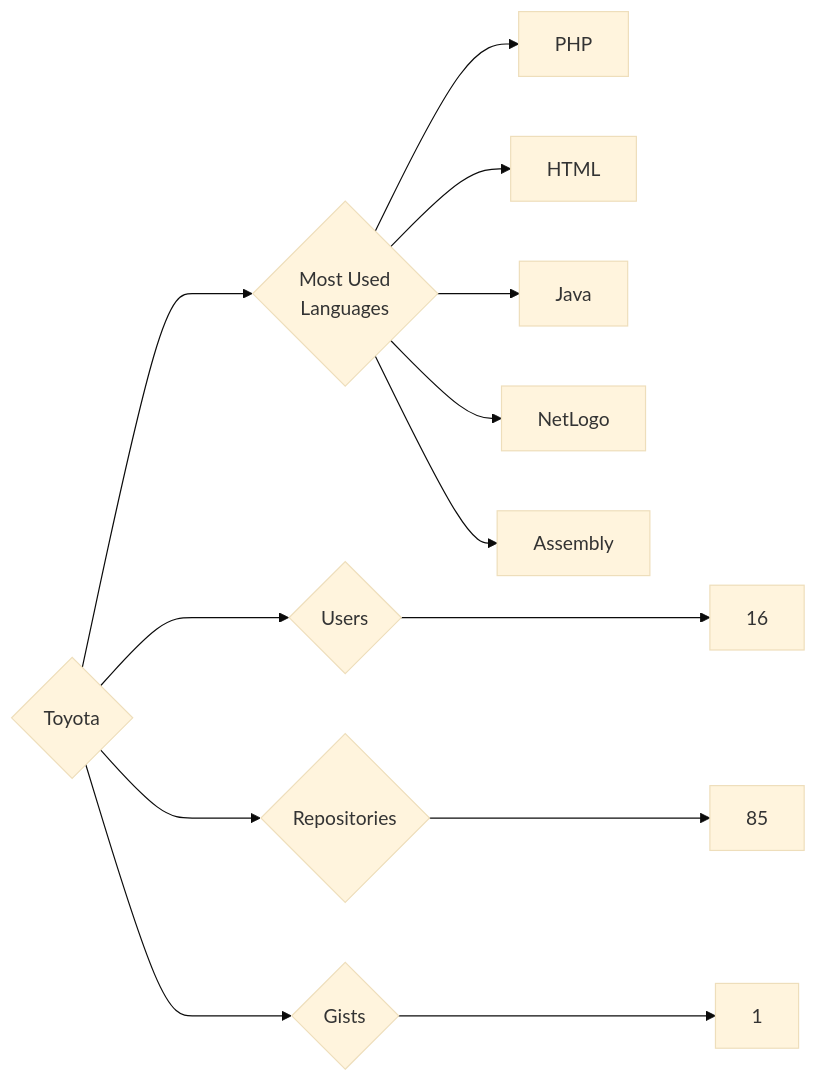
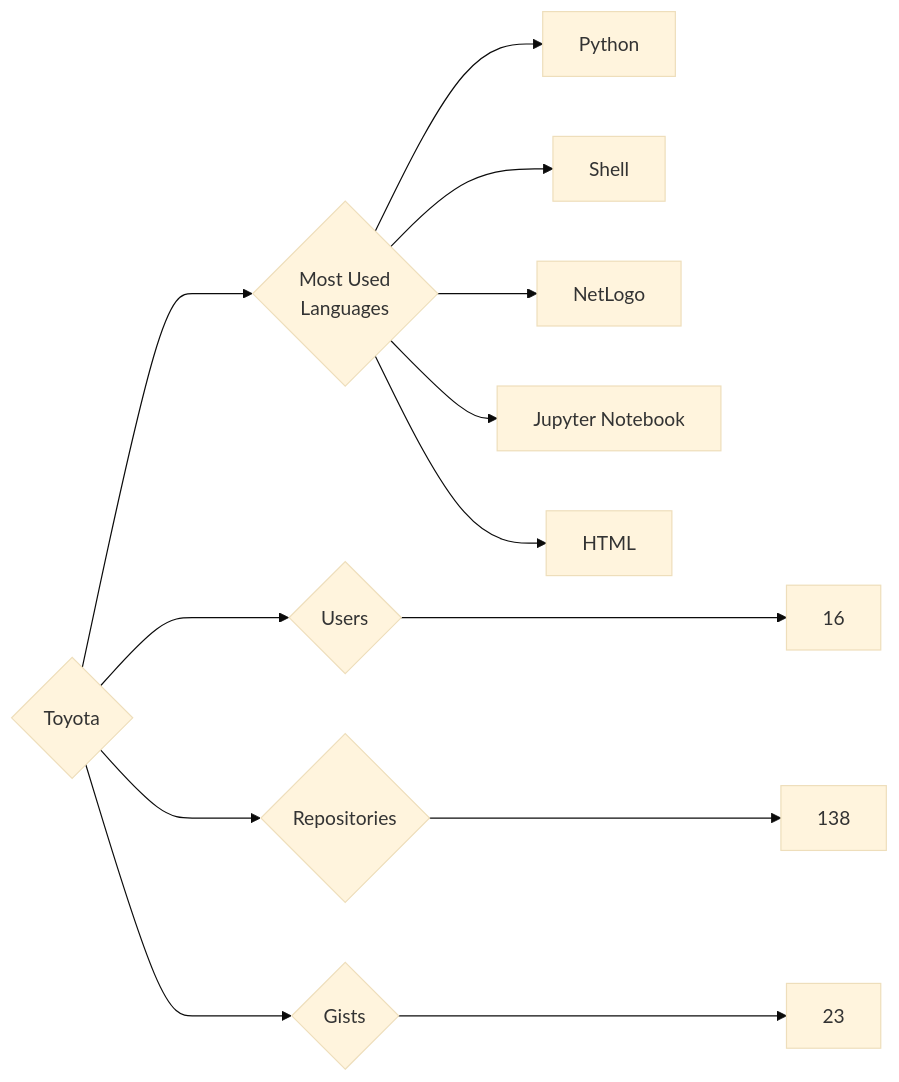
One commit to trickest/insiders changed the diagram in targets/Toyota/README.md. Above: the diagram before and after it, drawn with Mermaid (base theme). The commit also changed 860 other files, not shown here.

````diff
--- a/targets/Toyota/README.md
+++ b/targets/Toyota/README.md
@@ -3,13 +3,13 @@
 ```mermaid
 graph LR
 COMPANY_NAME{Toyota}
 COMPANY_NAME ---> U{Users} ---> UN[16]
-COMPANY_NAME ---> R{Repositories} ---> RN[85]
-COMPANY_NAME ---> G{Gists} ---> GN[1]
+COMPANY_NAME ---> R{Repositories} ---> RN[138]
+COMPANY_NAME ---> G{Gists} ---> GN[23]
 COMPANY_NAME ---> ML{Most Used<br>Languages}
-ML --> PHP[PHP]
+ML --> Python[Python]
+ML --> Shell[Shell]
+ML --> NetLogo[NetLogo]
+ML --> Jupyter_Notebook[Jupyter Notebook]
 ML --> HTML[HTML]
-ML --> Java[Java]
-ML --> NetLogo[NetLogo]
-ML --> Assembly[Assembly]
 ```
````
